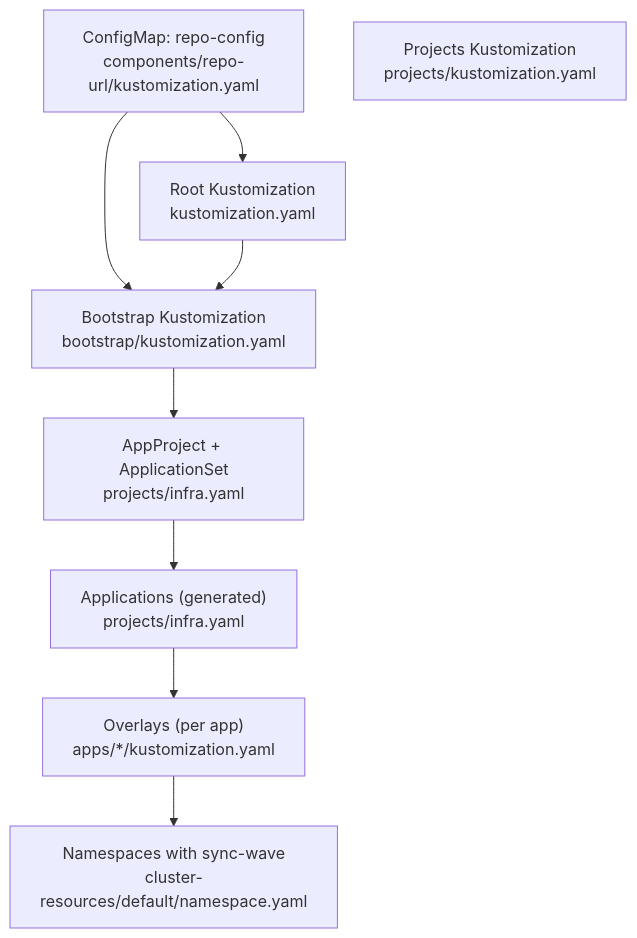
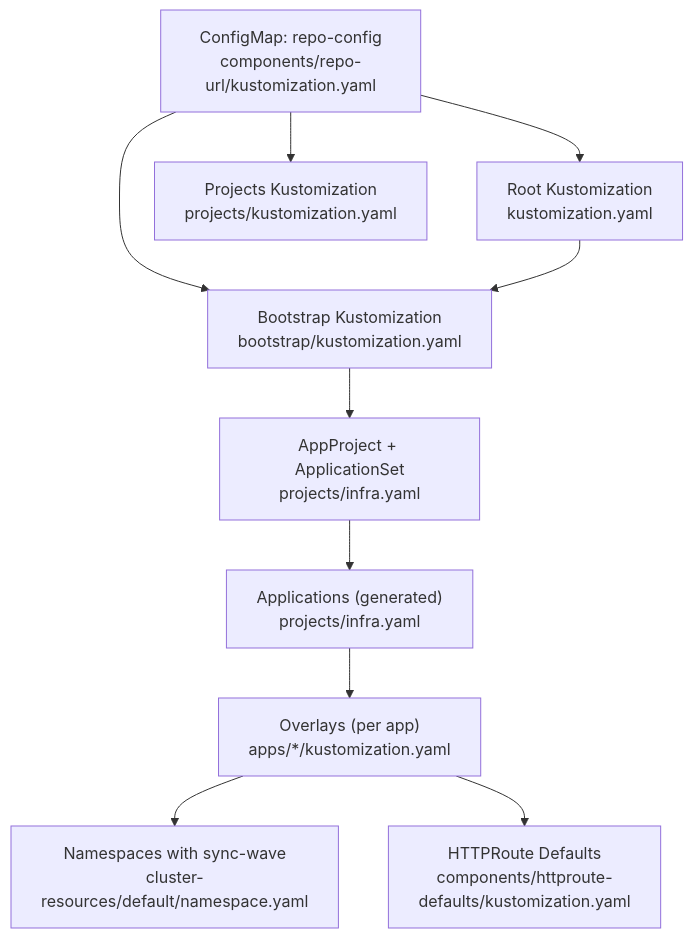
Before and after one commit to Hoangvu75/k8s_manifest: the second of 4 diagrams in .qoder/repowiki/en/content/Application Configuration/Kustomize Configuration Patterns.md, drawn with Mermaid. The commit also changed other lines of this file and 5 other files, not shown here.

````diff
--- a/.qoder/repowiki/en/content/Application Configuration/Kustomize Configuration Patterns.md
+++ b/.qoder/repowiki/en/content/Application Configuration/Kustomize Configuration Patterns.md
@@ -113,18 +130,21 @@
 ```mermaid
 graph TB
 repo_cfg["ConfigMap: repo-config<br/>components/repo-url/kustomization.yaml"]
 root_kust["Root Kustomization<br/>kustomization.yaml"]
 bootstrap_kust["Bootstrap Kustomization<br/>bootstrap/kustomization.yaml"]
 proj_kust["Projects Kustomization<br/>projects/kustomization.yaml"]
 appsets["AppProject + ApplicationSet<br/>projects/infra.yaml"]
 apps["Applications (generated)<br/>projects/infra.yaml"]
 overlays["Overlays (per app)<br/>apps/*/kustomization.yaml"]
 ns_wave["Namespaces with sync-wave<br/>cluster-resources/default/namespace.yaml"]
+httproute_defaults["HTTPRoute Defaults<br/>components/httproute-defaults/kustomization.yaml"]
 repo_cfg --> root_kust
 repo_cfg --> bootstrap_kust
+repo_cfg --> proj_kust
 root_kust --> bootstrap_kust
 bootstrap_kust --> appsets
 appsets --> apps
 apps --> overlays
 overlays --> ns_wave
+overlays --> httproute_defaults
 ```
````
